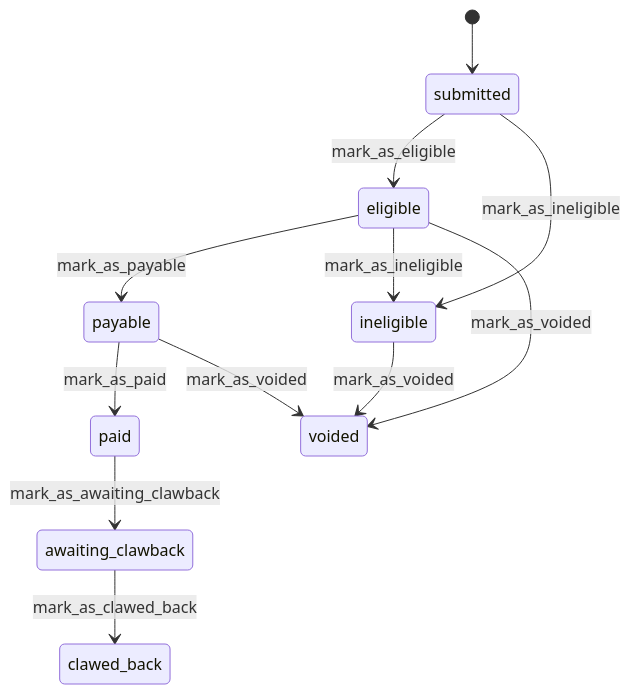
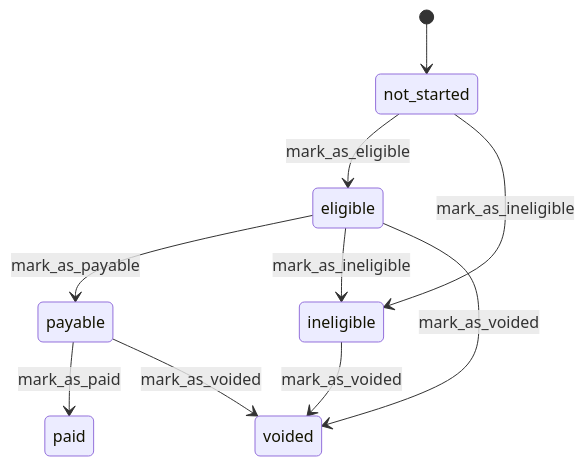
Before and after one commit to DFE-Digital/register-early-career-teachers-public: the second of 3 diagrams in documentation/state-machines.md, drawn with Mermaid. The commit also changed other lines of this file and 8 other files, not shown here.

````diff
--- a/documentation/state-machines.md
+++ b/documentation/state-machines.md
@@ -53,14 +63,12 @@
 ```mermaid
 stateDiagram-v2
-  [*] --> submitted
-  submitted --> eligible : mark_as_eligible
-  submitted --> ineligible: mark_as_ineligible
+  [*] --> not_started
+  not_started --> eligible : mark_as_eligible
+  not_started --> ineligible: mark_as_ineligible
   eligible --> payable : mark_as_payable
   payable --> paid : mark_as_paid
-  paid --> awaiting_clawback : mark_as_awaiting_clawback
-  awaiting_clawback --> clawed_back : mark_as_clawed_back
   eligible --> ineligible : mark_as_ineligible
   eligible --> voided : mark_as_voided
   payable --> voided : mark_as_voided
   ineligible --> voided : mark_as_voided
 ```
````
